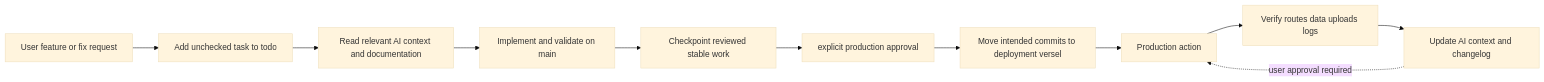
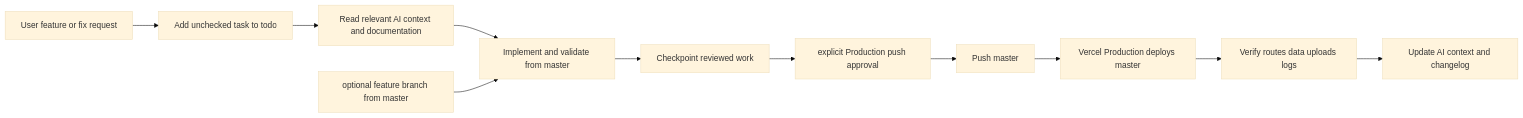
The diagram in ai-context/branch-and-release-workflow.md (Fedi-Nasri/Portfolio), drawn with Mermaid (base theme) before and after one commit. The commit also changed other lines of this file and 10 other files, not shown here.

Commit message:
docs: establish master-first production workflow

````diff
--- a/ai-context/branch-and-release-workflow.md
+++ b/ai-context/branch-and-release-workflow.md
@@ -26,13 +18,13 @@
 ```mermaid
 flowchart LR
   Request[User feature or fix request] --> Todo[Add unchecked task to todo]
   Todo --> Context[Read relevant AI context and documentation]
-  Context --> Main[Implement and validate on main]
-  Main --> Checkpoint[Checkpoint reviewed stable work]
-  Checkpoint --> Approval[explicit production approval]
-  Approval --> Candidate[Move intended commits to deployment versel]
-  Candidate --> Production[Vercel Production deploys candidate]
+  Context --> Master[Implement and validate from master]
+  Master --> Checkpoint[Checkpoint reviewed work]
+  Checkpoint --> Approval[explicit Production push approval]
+  Approval --> Push[Push master]
+  Push --> Production[Vercel Production deploys master]
   Production --> Evidence[Verify routes data uploads logs]
   Evidence --> Record[Update AI context and changelog]
-  Record -. user approval required .-> Production[Production action]
+  Feature[optional feature branch from master] --> Master
 ```
````
